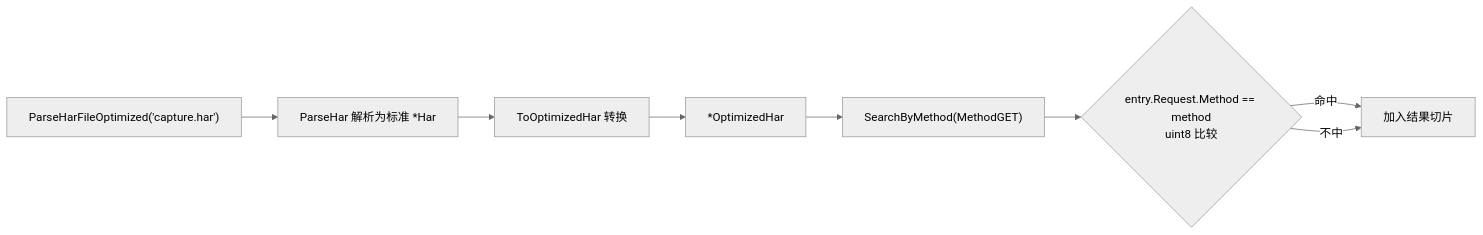
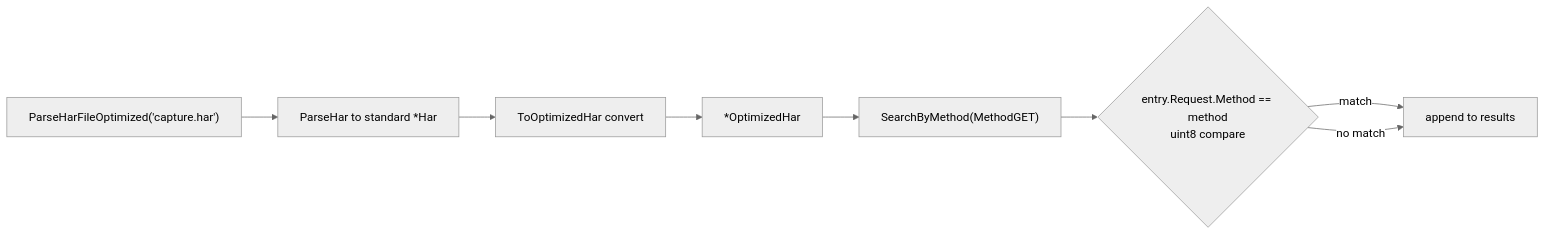
Before and after one commit to hitechcloud-vietnam/har-skills: the third of 4 diagrams in website/zh/internals/memory-optimized.md, drawn with Mermaid (neutral theme). The commit also changed other lines of this file and 97 other files, not shown here.

````diff
--- a/website/zh/internals/memory-optimized.md
+++ b/website/zh/internals/memory-optimized.md
@@ -237,10 +237,10 @@
 ```mermaid
 flowchart LR
-  A["ParseHarFileOptimized('capture.har')"] --> B["ParseHar 解析为标准 *Har"]
-  B --> C["ToOptimizedHar 转换"]
+  A["ParseHarFileOptimized('capture.har')"] --> B["ParseHar to standard *Har"]
+  B --> C["ToOptimizedHar convert"]
   C --> D["*OptimizedHar"]
   D --> E["SearchByMethod(MethodGET)"]
-  E --> F{"entry.Request.Method == method<br/>uint8 比较"}
-  F -->|"命中"| G["加入结果切片"]
-  F -->|"不中"| G
+  E --> F{"entry.Request.Method == method<br/>uint8 compare"}
+  F -->|"match"| G["append to results"]
+  F -->|"no match"| G
 ```
````
